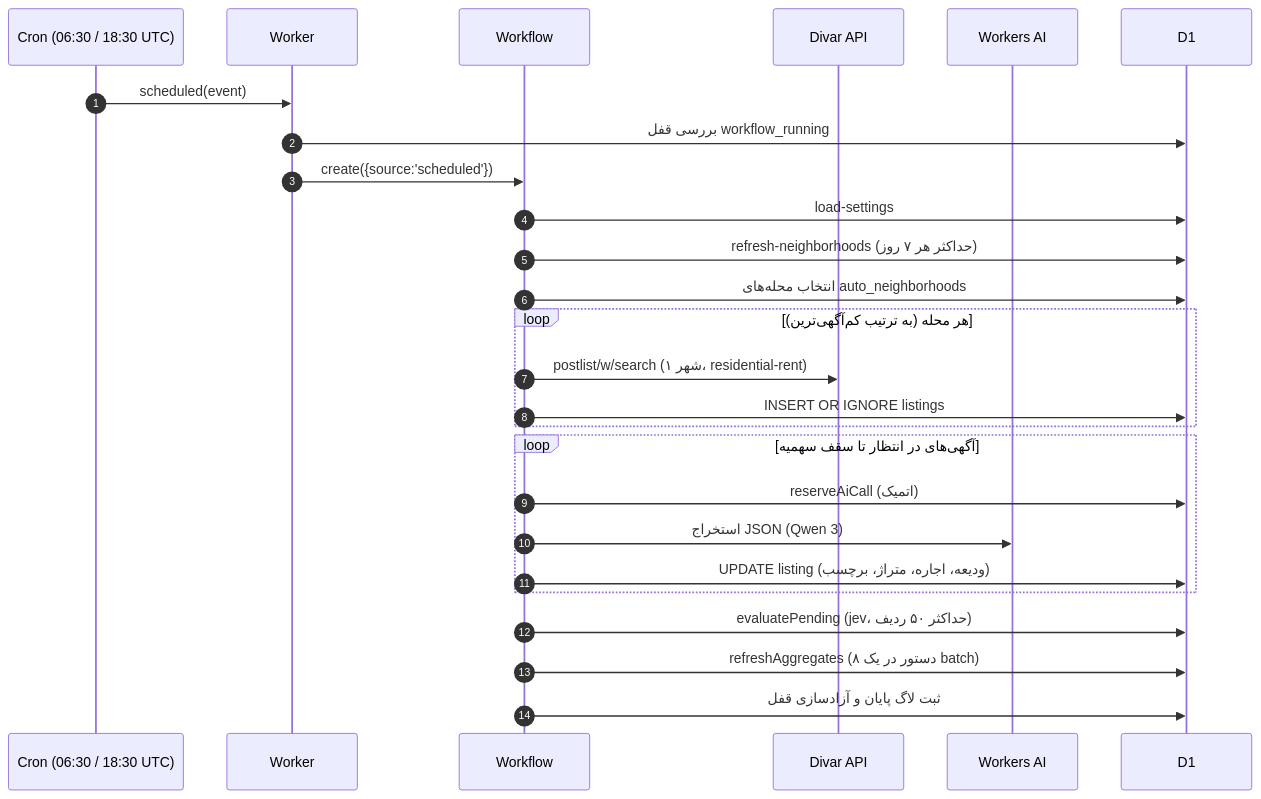
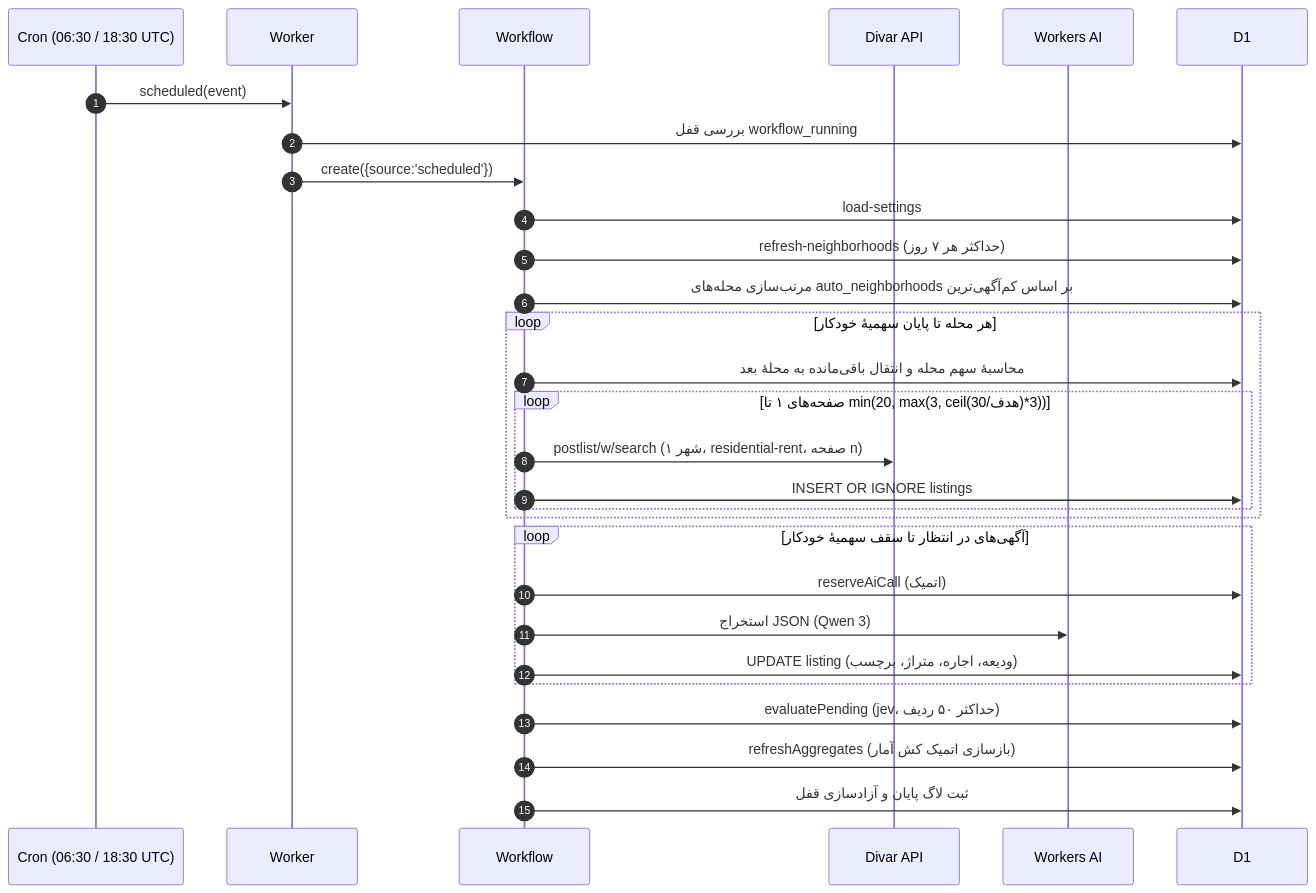
Before and after one commit to f4r6d/divar-housing-finder: the third of 6 diagrams in DOCUMENTATION_FA.md, drawn with Mermaid. The commit also changed other lines of this file and 8 other files, not shown here.

First line of the commit message:
Fix manual fetch flow and align docs with behavior

````diff
--- a/DOCUMENTATION_FA.md
+++ b/DOCUMENTATION_FA.md
@@ -482,29 +501,32 @@
 ```mermaid
 sequenceDiagram
     autonumber
     participant C as Cron (06:30 / 18:30 UTC)
     participant W as Worker
     participant WF as Workflow
     participant D as Divar API
     participant AI as Workers AI
     participant DB as D1
 
     C->>W: scheduled(event)
     W->>DB: بررسی قفل workflow_running
     W->>WF: create({source:'scheduled'})
     WF->>DB: load-settings
     WF->>DB: refresh-neighborhoods (حداکثر هر ۷ روز)
-    WF->>DB: انتخاب محله‌های auto_neighborhoods
-    loop هر محله (به ترتیب کم‌آگهی‌ترین)
-        WF->>D: postlist/w/search (شهر ۱، residential-rent)
-        WF->>DB: INSERT OR IGNORE listings
+    WF->>DB: مرتب‌سازی محله‌های auto_neighborhoods بر اساس کم‌آگهی‌ترین
+    loop هر محله تا پایان سهمیهٔ خودکار
+        WF->>DB: محاسبهٔ سهم محله و انتقال باقی‌مانده به محلهٔ بعد
+        loop صفحه‌های ۱ تا min(20, max(3, ceil(هدف/30)*3))
+            WF->>D: postlist/w/search (شهر ۱، residential-rent، صفحه n)
+            WF->>DB: INSERT OR IGNORE listings
+        end
     end
-    loop آگهی‌های در انتظار تا سقف سهمیه
+    loop آگهی‌های در انتظار تا سقف سهمیهٔ خودکار
         WF->>DB: reserveAiCall (اتمیک)
         WF->>AI: استخراج JSON (Qwen 3)
         WF->>DB: UPDATE listing (ودیعه، اجاره، متراژ، برچسب)
     end
     WF->>DB: evaluatePending (jev، حداکثر ۵۰ ردیف)
-    WF->>DB: refreshAggregates (۸ دستور در یک batch)
+    WF->>DB: refreshAggregates (بازسازی اتمیک کش آمار)
     WF->>DB: ثبت لاگ پایان و آزادسازی قفل
 ```
````
